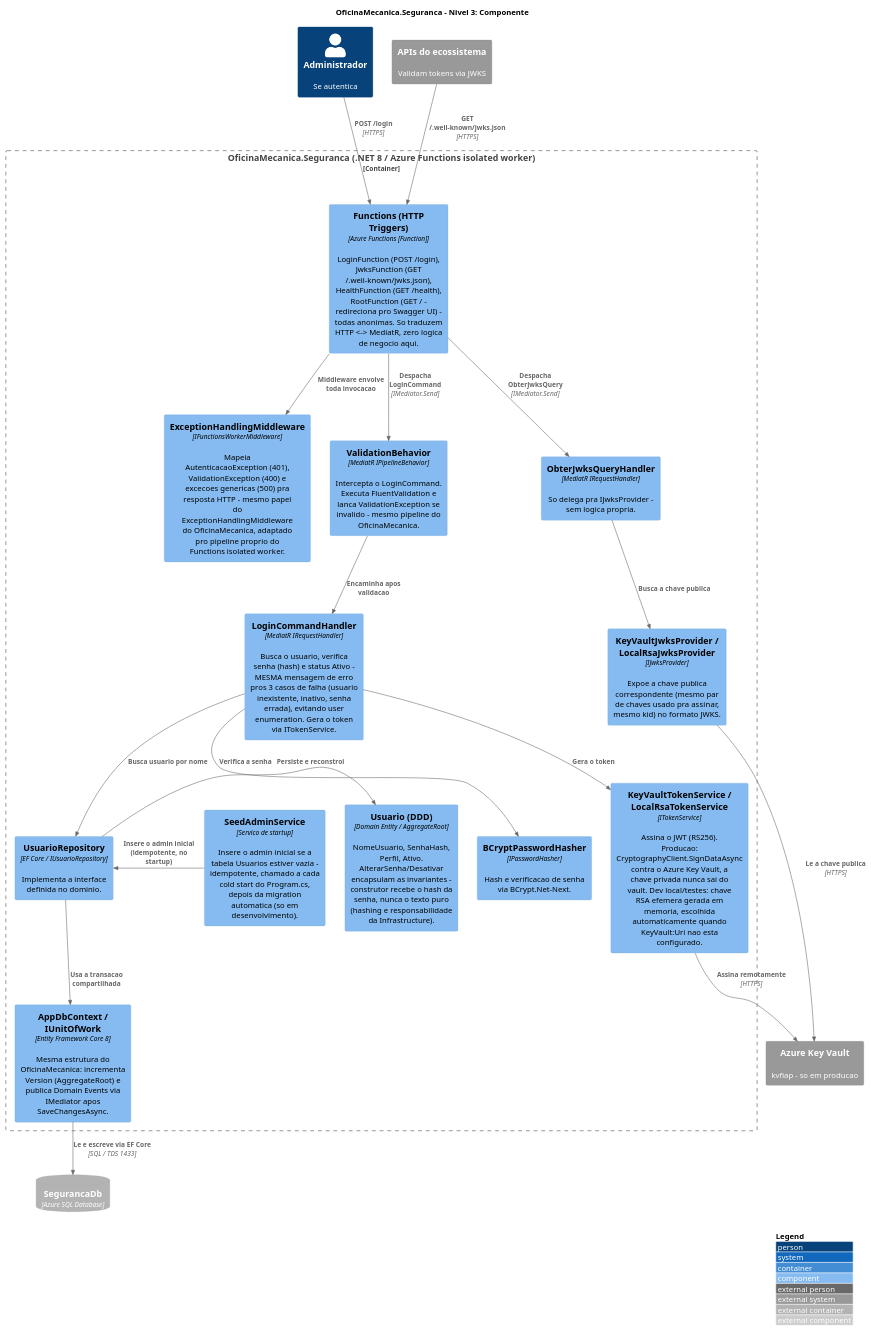
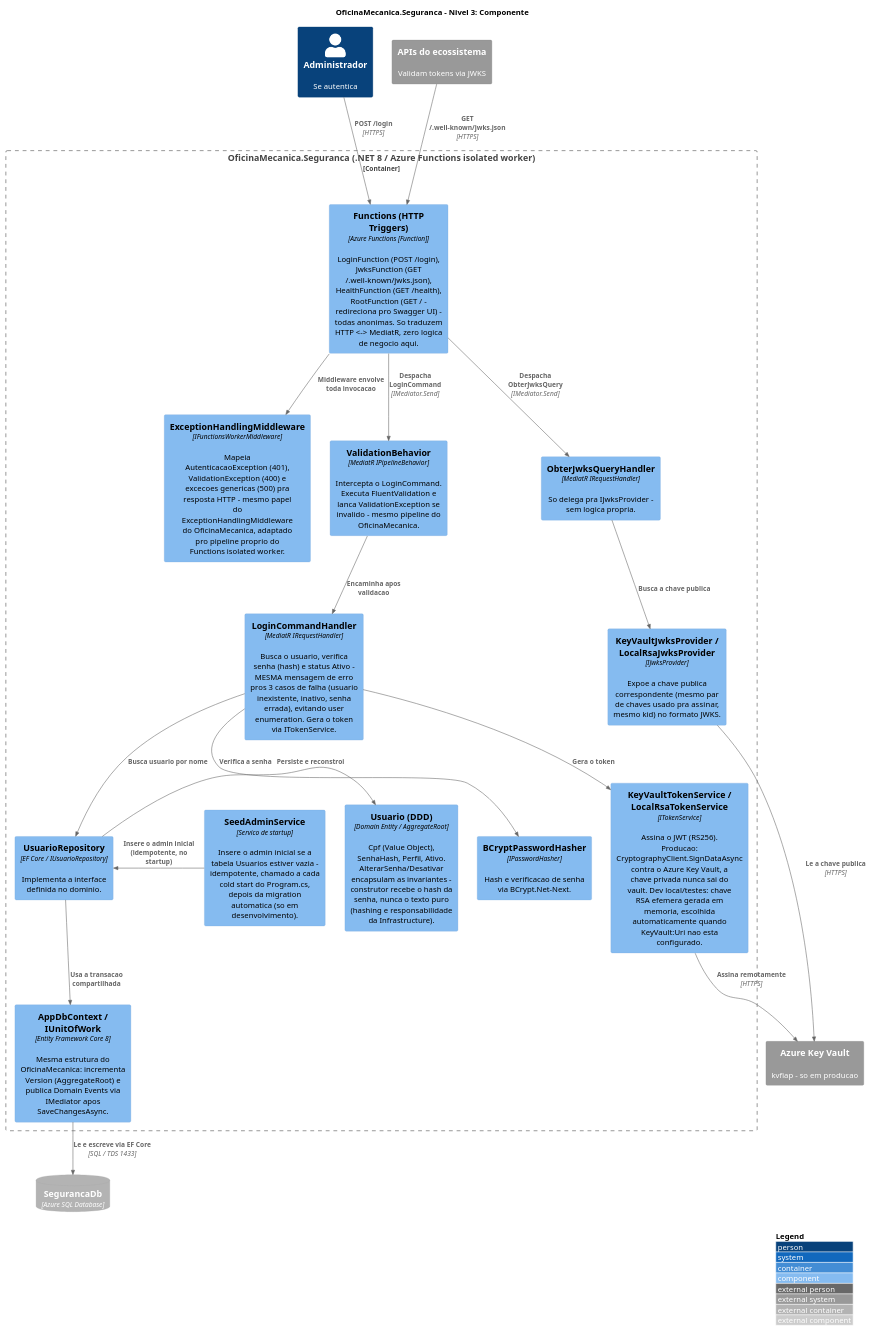
One commit to willianrmattos/OficinaMecanica.Seguranca changed the diagram in docs/c4-nivel3-componente.puml. Above: the diagram before and after it, drawn with PlantUML. The commit also changed 29 other files, not shown here.

First line of the commit message:
feat: login passa a ser por CPF em vez de nome de usuario

```diff
--- a/docs/c4-nivel3-componente.puml
+++ b/docs/c4-nivel3-componente.puml
@@ -1,58 +1,58 @@
 @startuml c4-nivel3-componente
 !include <C4/C4_Component>
 
 LAYOUT_TOP_DOWN()
 LAYOUT_WITH_LEGEND()
 
 title OficinaMecanica.Seguranca - Nivel 3: Componente
 
 Person(admin, "Administrador", "Se autentica")
 System_Ext(consumidores, "APIs do ecossistema", "Validam tokens via JWKS")
 ContainerDb_Ext(db, "SegurancaDb", "Azure SQL Database")
 System_Ext(keyvault, "Azure Key Vault", "kvfiap - so em producao")
 
 Container_Boundary(seguranca, "OficinaMecanica.Seguranca (.NET 8 / Azure Functions isolated worker)") {
 
     Component(middleware, "ExceptionHandlingMiddleware", "IFunctionsWorkerMiddleware", "Mapeia AutenticacaoException (401), ValidationException (400) e excecoes genericas (500) pra resposta HTTP - mesmo papel do ExceptionHandlingMiddleware do OficinaMecanica, adaptado pro pipeline proprio do Functions isolated worker.")
 
     Component(functions, "Functions (HTTP Triggers)", "Azure Functions [Function]", "LoginFunction (POST /login), JwksFunction (GET /.well-known/jwks.json), HealthFunction (GET /health), RootFunction (GET / - redireciona pro Swagger UI) - todas anonimas. So traduzem HTTP <-> MediatR, zero logica de negocio aqui.")
 
     Component(pipeline, "ValidationBehavior", "MediatR IPipelineBehavior", "Intercepta o LoginCommand. Executa FluentValidation e lanca ValidationException se invalido - mesmo pipeline do OficinaMecanica.")
 
     Component(loginHandler, "LoginCommandHandler", "MediatR IRequestHandler", "Busca o usuario, verifica senha (hash) e status Ativo - MESMA mensagem de erro pros 3 casos de falha (usuario inexistente, inativo, senha errada), evitando user enumeration. Gera o token via ITokenService.")
 
     Component(jwksHandler, "ObterJwksQueryHandler", "MediatR IRequestHandler", "So delega pra IJwksProvider - sem logica propria.")
 
-    Component(usuario, "Usuario (DDD)", "Domain Entity / AggregateRoot", "NomeUsuario, SenhaHash, Perfil, Ativo. AlterarSenha/Desativar encapsulam as invariantes - construtor recebe o hash da senha, nunca o texto puro (hashing e responsabilidade da Infrastructure).")
+    Component(usuario, "Usuario (DDD)", "Domain Entity / AggregateRoot", "Cpf (Value Object), SenhaHash, Perfil, Ativo. AlterarSenha/Desativar encapsulam as invariantes - construtor recebe o hash da senha, nunca o texto puro (hashing e responsabilidade da Infrastructure).")
 
     Component(repo, "UsuarioRepository", "EF Core / IUsuarioRepository", "Implementa a interface definida no dominio.")
 
     Component(hasher, "BCryptPasswordHasher", "IPasswordHasher", "Hash e verificacao de senha via BCrypt.Net-Next.")
 
     Component(tokenSvc, "KeyVaultTokenService / LocalRsaTokenService", "ITokenService", "Assina o JWT (RS256). Producao: CryptographyClient.SignDataAsync contra o Azure Key Vault, a chave privada nunca sai do vault. Dev local/testes: chave RSA efemera gerada em memoria, escolhida automaticamente quando KeyVault:Uri nao esta configurado.")
 
     Component(jwksProvider, "KeyVaultJwksProvider / LocalRsaJwksProvider", "IJwksProvider", "Expoe a chave publica correspondente (mesmo par de chaves usado pra assinar, mesmo kid) no formato JWKS.")
 
     Component(seed, "SeedAdminService", "Servico de startup", "Insere o admin inicial se a tabela Usuarios estiver vazia - idempotente, chamado a cada cold start do Program.cs, depois da migration automatica (so em desenvolvimento).")
 
     Component(dbctx, "AppDbContext / IUnitOfWork", "Entity Framework Core 8", "Mesma estrutura do OficinaMecanica: incrementa Version (AggregateRoot) e publica Domain Events via IMediator apos SaveChangesAsync.")
 }
 
 Rel_D(admin, functions, "POST /login", "HTTPS")
 Rel_D(consumidores, functions, "GET /.well-known/jwks.json", "HTTPS")
 Rel_D(functions, middleware, "Middleware envolve toda invocacao")
 Rel_D(functions, pipeline, "Despacha LoginCommand", "IMediator.Send")
 Rel_D(pipeline, loginHandler, "Encaminha apos validacao")
 Rel_D(functions, jwksHandler, "Despacha ObterJwksQuery", "IMediator.Send")
 Rel_D(loginHandler, repo, "Busca usuario por nome")
 Rel_D(loginHandler, hasher, "Verifica a senha")
 Rel_D(loginHandler, tokenSvc, "Gera o token")
 Rel_D(jwksHandler, jwksProvider, "Busca a chave publica")
 Rel_R(repo, usuario, "Persiste e reconstroi")
 Rel_D(repo, dbctx, "Usa a transacao compartilhada")
 Rel_D(dbctx, db, "Le e escreve via EF Core", "SQL / TDS 1433")
 Rel(tokenSvc, keyvault, "Assina remotamente", "HTTPS")
 Rel(jwksProvider, keyvault, "Le a chave publica", "HTTPS")
 Rel_L(seed, repo, "Insere o admin inicial (idempotente, no startup)")
 
 @enduml
```
